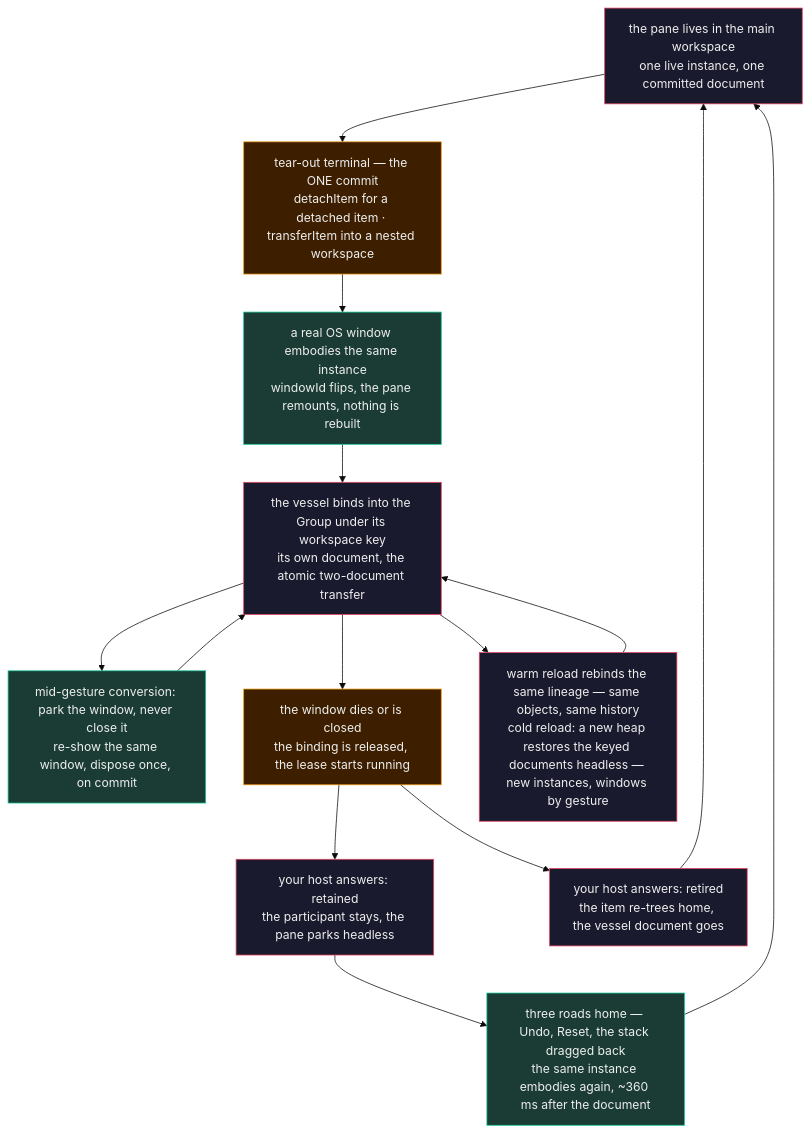
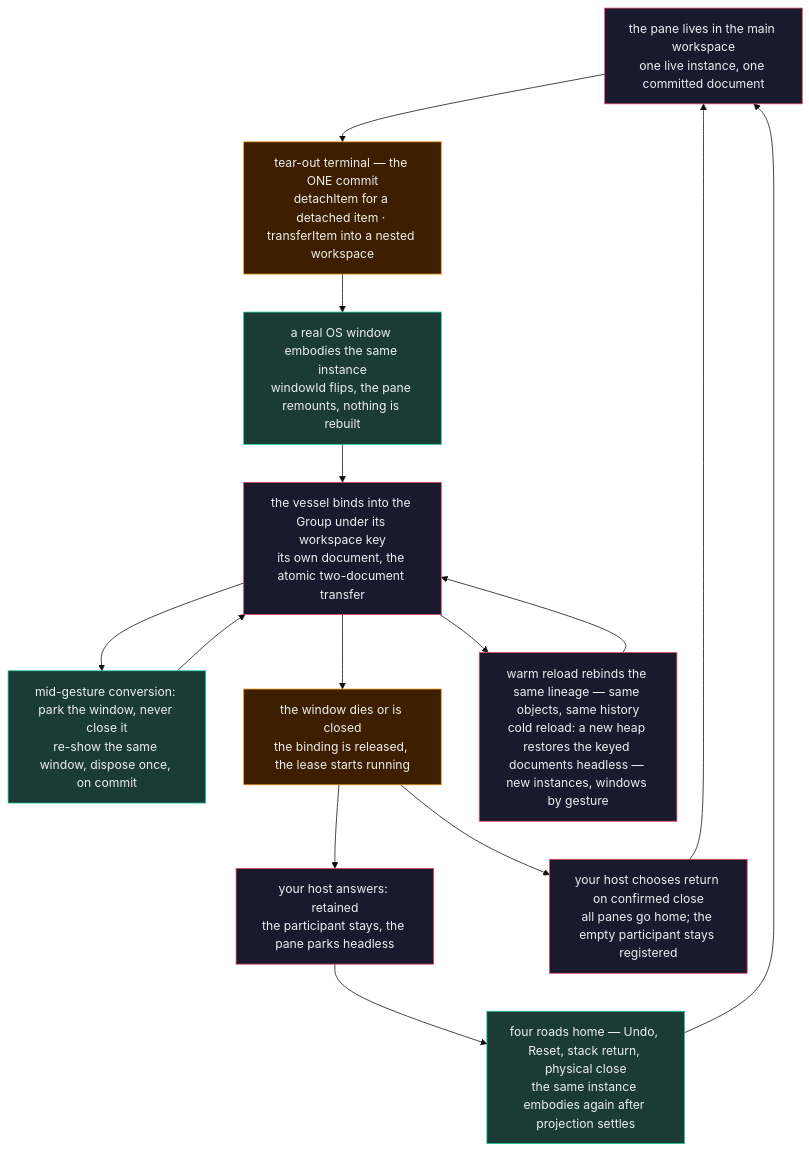
Before and after one commit to neomjs/neo: the diagram in learn/guides/uibuildingblocks/DockLayoutsWindows.md, drawn with Mermaid (base theme). The commit also changed other lines of this file and 22 other files, not shown here.

````diff
--- a/learn/guides/uibuildingblocks/DockLayoutsWindows.md
+++ b/learn/guides/uibuildingblocks/DockLayoutsWindows.md
@@ -71,31 +71,31 @@
 ```mermaid
 flowchart TD
     classDef truth fill:#1a1a2e,stroke:#e94560,stroke-width:1px,color:#eee
     classDef window fill:#1a3c34,stroke:#16c79a,stroke-width:1px,color:#eee
     classDef decision fill:#3d1f00,stroke:#f39c12,stroke-width:1px,color:#eee
 
     Home["the pane lives in the main workspace<br/>one live instance, one committed document"]:::truth
     Terminal["tear-out terminal — the ONE commit<br/>detachItem for a detached item · transferItem into a nested workspace"]:::decision
     Vessel["a real OS window embodies the same instance<br/>windowId flips, the pane remounts, nothing is rebuilt"]:::window
     Participant["the vessel binds into the Group under its workspace key<br/>its own document, the atomic two-document transfer"]:::truth
     Park["mid-gesture conversion: park the window, never close it<br/>re-show the same window, dispose once, on commit"]:::window
     Release["the window dies or is closed<br/>the binding is released, the lease starts running"]:::decision
     Retain["your host answers: retained<br/>the participant stays, the pane parks headless"]:::truth
-    Retire["your host answers: retired<br/>the item re-trees home, the vessel document goes"]:::truth
-    Return["three roads home — Undo, Reset, the stack dragged back<br/>the same instance embodies again, ~360 ms after the document"]:::window
+    Retire["your host chooses return on confirmed close<br/>all panes go home; the empty participant stays registered"]:::truth
+    Return["four roads home — Undo, Reset, stack return, physical close<br/>the same instance embodies again after projection settles"]:::window
     Reload["warm reload rebinds the same lineage — same objects, same history<br/>cold reload: a new heap restores the keyed documents headless — new instances, windows by gesture"]:::truth
 
     Home --> Terminal
     Terminal --> Vessel
     Vessel --> Participant
     Participant --> Park
     Park --> Participant
     Participant --> Release
     Release --> Retain
     Release --> Retire
     Retain --> Return
     Retire --> Home
     Return --> Home
     Participant --> Reload
     Reload --> Participant
 ```
````
